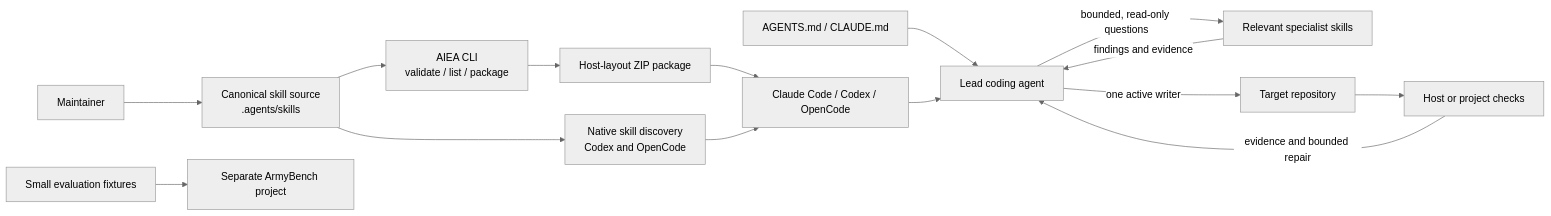
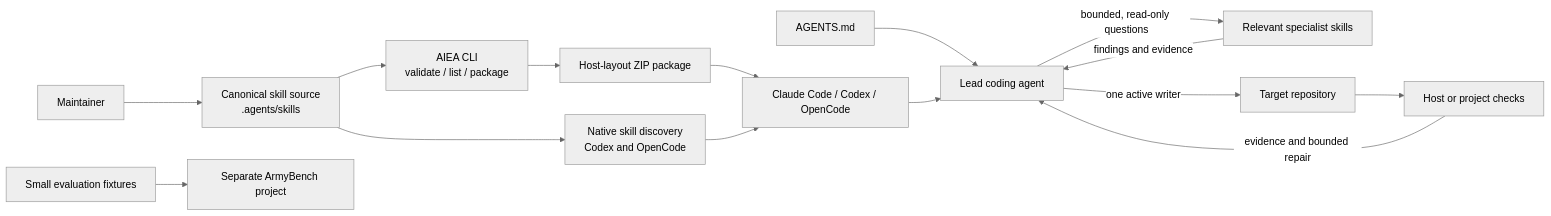
The diagram in docs/architecture.md (himanshu231204/ai-engineering-army), drawn with Mermaid (neutral theme) before and after one commit. The commit also changed 16 other files, not shown here.

````diff
--- a/docs/architecture.md
+++ b/docs/architecture.md
@@ -7,17 +7,17 @@
 ```mermaid
 flowchart LR
     Maintainer[Maintainer] --> Canonical[Canonical skill source<br/>.agents/skills]
     Canonical --> CLI[AIEA CLI<br/>validate / list / package]
     CLI --> Archive[Host-layout ZIP package]
     Archive --> Host[Claude Code / Codex / OpenCode]
     Canonical --> Native[Native skill discovery<br/>Codex and OpenCode]
     Native --> Host
-    Guidance[AGENTS.md / CLAUDE.md] --> Lead[Lead coding agent]
+    Guidance[AGENTS.md] --> Lead[Lead coding agent]
     Host --> Lead
     Lead -->|bounded, read-only questions| Specialists[Relevant specialist skills]
     Specialists -->|findings and evidence| Lead
     Lead -->|one active writer| Worktree[Target repository]
     Worktree --> Verify[Host or project checks]
     Verify -->|evidence and bounded repair| Lead
     Fixtures[Small evaluation fixtures] --> ArmyBench[Separate ArmyBench project]
 ```
````
